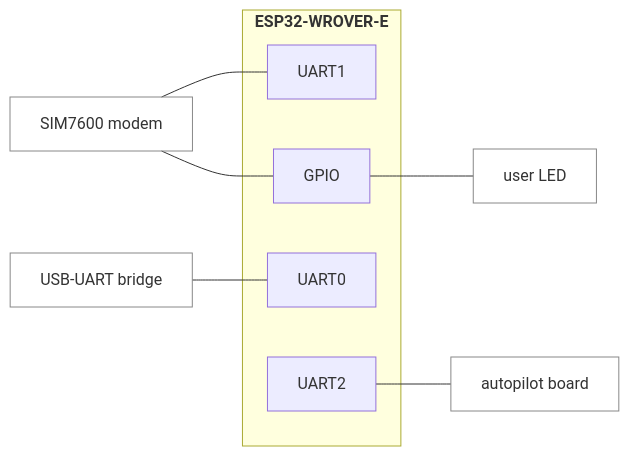
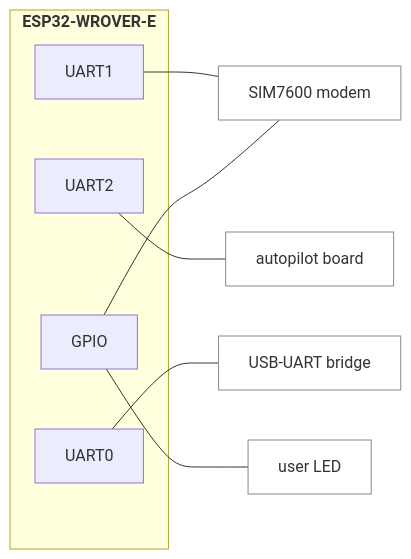
The third of 6 diagrams in examples/gateway/diagrams.md (jRmx0/esp-architecture), drawn with Mermaid before and after one commit. The commit also changed other lines of this file and 3 other files, not shown here.

First line of the commit message:
Block diagrams: no layout hints, lines inside out

````diff
--- a/examples/gateway/diagrams.md
+++ b/examples/gateway/diagrams.md
@@ -51,20 +51,20 @@
 ```mermaid
 flowchart LR
   subgraph cpu_box["<b>ESP32-WROVER-E</b>"]
     n_uart_modem["UART1"]
     n_uart2_board["UART2"]
     n_uart0_console["UART0"]
     n_gpio_board["GPIO"]
   end
   n_sim7600["SIM7600 modem"]
   n_user_led["user LED"]
   n_autopilot_board["autopilot board"]
   n_ch9102["USB-UART bridge"]
-  n_sim7600 --- n_uart_modem
-  n_sim7600 --- n_gpio_board
-  n_ch9102 --- n_uart0_console
+  n_uart_modem --- n_sim7600
+  n_gpio_board --- n_sim7600
   n_gpio_board --- n_user_led
   n_uart2_board --- n_autopilot_board
+  n_uart0_console --- n_ch9102
   classDef device fill:none,stroke:#888
   class n_sim7600,n_user_led,n_autopilot_board,n_ch9102 device
 ```
````
